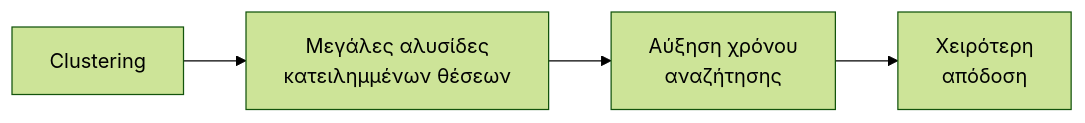
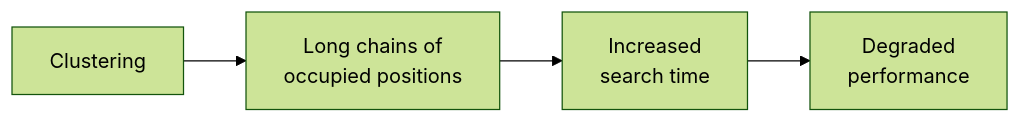
One commit to PanagopoulosNikolaos/DitOpenNotes changed the fourth of 5 diagrams in Year_2/Semester_3/DSA_DATA_STRUCTURES_ALGORITHMS/Resources/Hashing.md. Above: the diagram before and after it, drawn with Mermaid (forest theme). The commit also changed other lines of this file and 50 other files, not shown here.

````diff
--- a/Year_2/Semester_3/DSA_DATA_STRUCTURES_ALGORITHMS/Resources/Hashing.md
+++ b/Year_2/Semester_3/DSA_DATA_STRUCTURES_ALGORITHMS/Resources/Hashing.md
@@ -423,6 +423,6 @@
 ```mermaid
 graph LR
-    A[Clustering] --> B[Μεγάλες αλυσίδες<br/>κατειλημμένων θέσεων]
-    B --> C[Αύξηση χρόνου<br/>αναζήτησης]
-    C --> D[Χειρότερη<br/>απόδοση]
+    A[Clustering] --> B[Long chains of<br/>occupied positions]
+    B --> C[Increased<br/>search time]
+    C --> D[Degraded<br/>performance]
 ```
````
